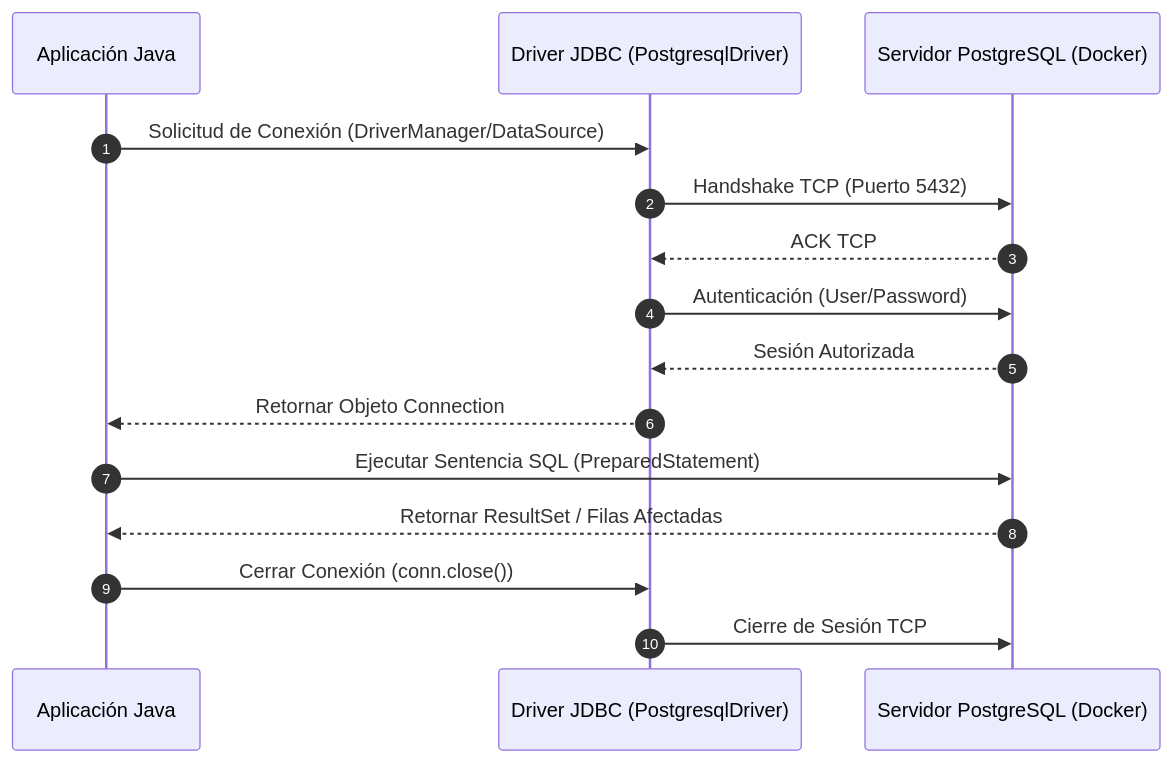
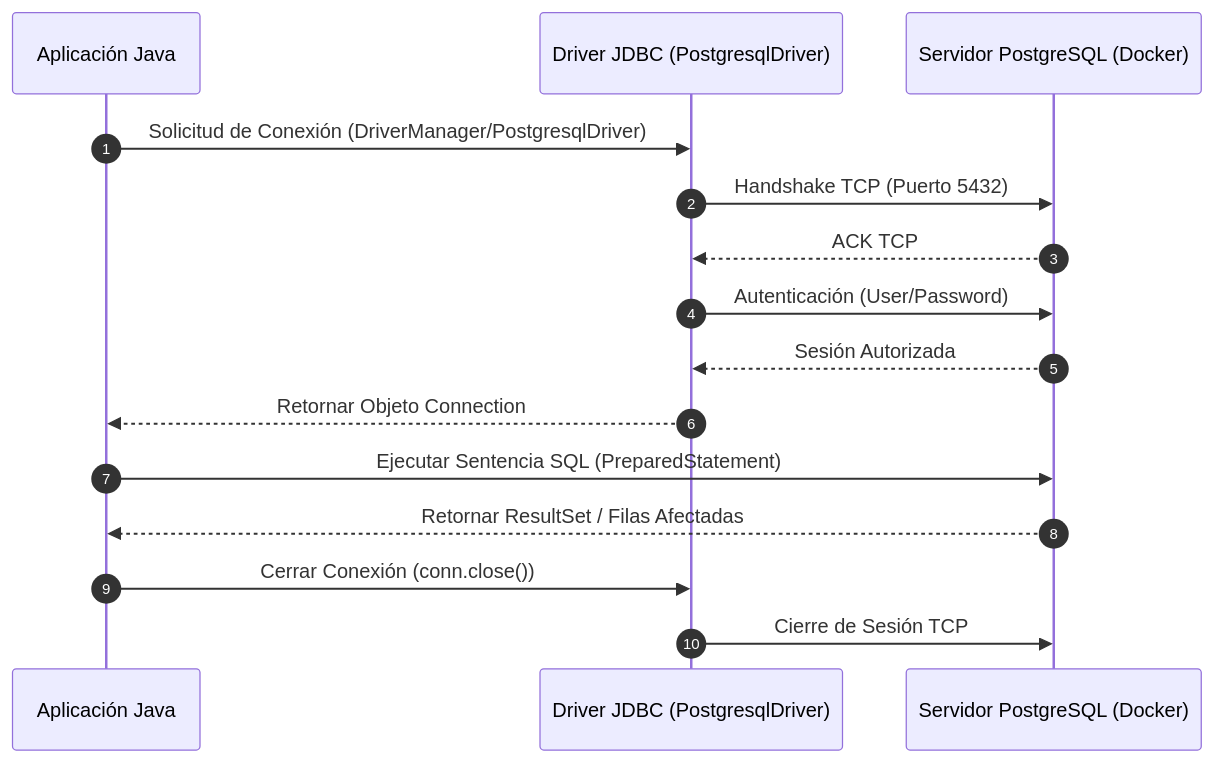
Before and after one commit to fencgut961/AAD_26_27: the second of 14 diagrams in RA2/ra2-manejor-conectores.md, drawn with Mermaid. The commit also changed other lines of this file, not shown here.

````diff
--- a/RA2/ra2-manejor-conectores.md
+++ b/RA2/ra2-manejor-conectores.md
@@ -61,19 +61,19 @@
 ```mermaid
 sequenceDiagram
     autonumber
     participant App as Aplicación Java
     participant Driver as Driver JDBC (PostgresqlDriver)
     participant DB as Servidor PostgreSQL (Docker)
 
-    App->>Driver: Solicitud de Conexión (DriverManager/DataSource)
+    App->>Driver: Solicitud de Conexión (DriverManager/PostgresqlDriver)
     Driver->>DB: Handshake TCP (Puerto 5432)
     DB-->>Driver: ACK TCP
     Driver->>DB: Autenticación (User/Password)
     DB-->>Driver: Sesión Autorizada
     Driver-->>App: Retornar Objeto Connection
 
     App->>DB: Ejecutar Sentencia SQL (PreparedStatement)
     DB-->>App: Retornar ResultSet / Filas Afectadas
     App->>Driver: Cerrar Conexión (conn.close())
     Driver->>DB: Cierre de Sesión TCP
 ```
````
